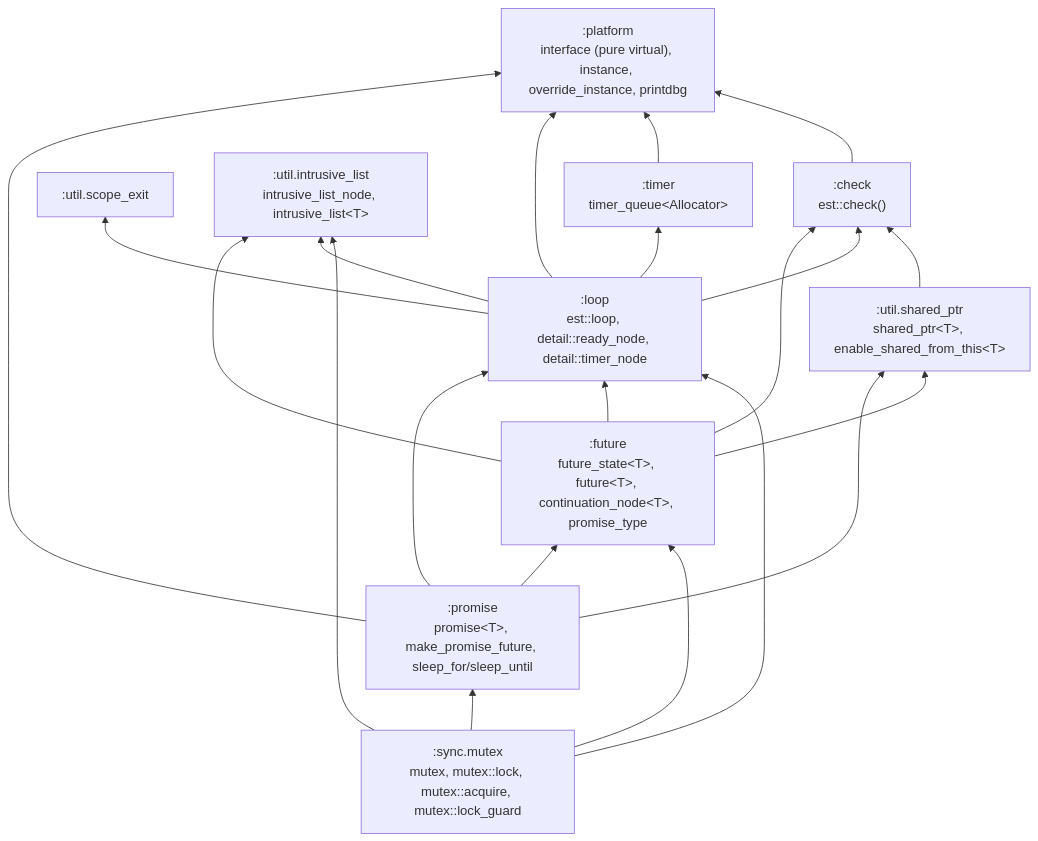
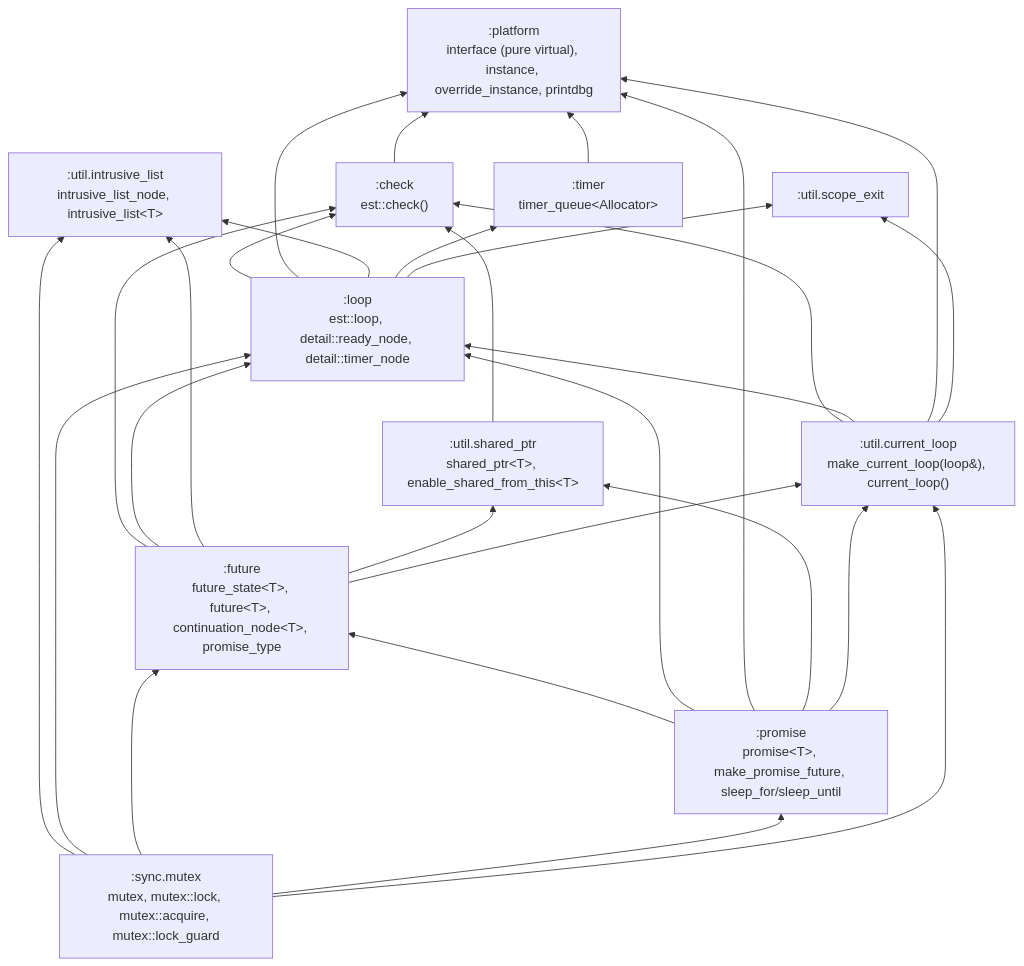
One commit to andijcr/async_experiments changed the first of 2 diagrams in docs/wiki/Architecture.md. Above: the diagram before and after it, drawn with Mermaid. The commit also changed other lines of this file and 15 other files, not shown here.

````diff
--- a/docs/wiki/Architecture.md
+++ b/docs/wiki/Architecture.md
@@ -10,34 +10,42 @@
 ```mermaid
 graph BT
   platform[":platform<br/>interface (pure virtual), instance, override_instance, printdbg"]
   check[":check<br/>est::check()"]
   scope_exit[":util.scope_exit"]
   shared_ptr[":util.shared_ptr<br/>shared_ptr&lt;T&gt;, enable_shared_from_this&lt;T&gt;"]
   intrusive_list[":util.intrusive_list<br/>intrusive_list_node, intrusive_list&lt;T&gt;"]
   mutex[":sync.mutex<br/>mutex, mutex::lock, mutex::acquire, mutex::lock_guard"]
   timer[":timer<br/>timer_queue&lt;Allocator&gt;"]
   loop[":loop<br/>est::loop, detail::ready_node, detail::timer_node"]
+  current_loop[":util.current_loop<br/>make_current_loop(loop&amp;), current_loop()"]
   future[":future<br/>future_state&lt;T&gt;, future&lt;T&gt;, continuation_node&lt;T&gt;, promise_type"]
   promise[":promise<br/>promise&lt;T&gt;, make_promise_future, sleep_for/sleep_until"]
 
   check --> platform
   shared_ptr --> check
   mutex --> intrusive_list
   mutex --> loop
   mutex --> future
   mutex --> promise
+  mutex --> current_loop
   timer --> platform
   loop --> check
   loop --> platform
   loop --> intrusive_list
   loop --> timer
   loop --> scope_exit
+  current_loop --> check
+  current_loop --> loop
+  current_loop --> platform
+  current_loop --> scope_exit
   future --> check
   future --> loop
   future --> intrusive_list
   future --> shared_ptr
+  future --> current_loop
   promise --> future
   promise --> loop
   promise --> platform
   promise --> shared_ptr
+  promise --> current_loop
 ```
````
